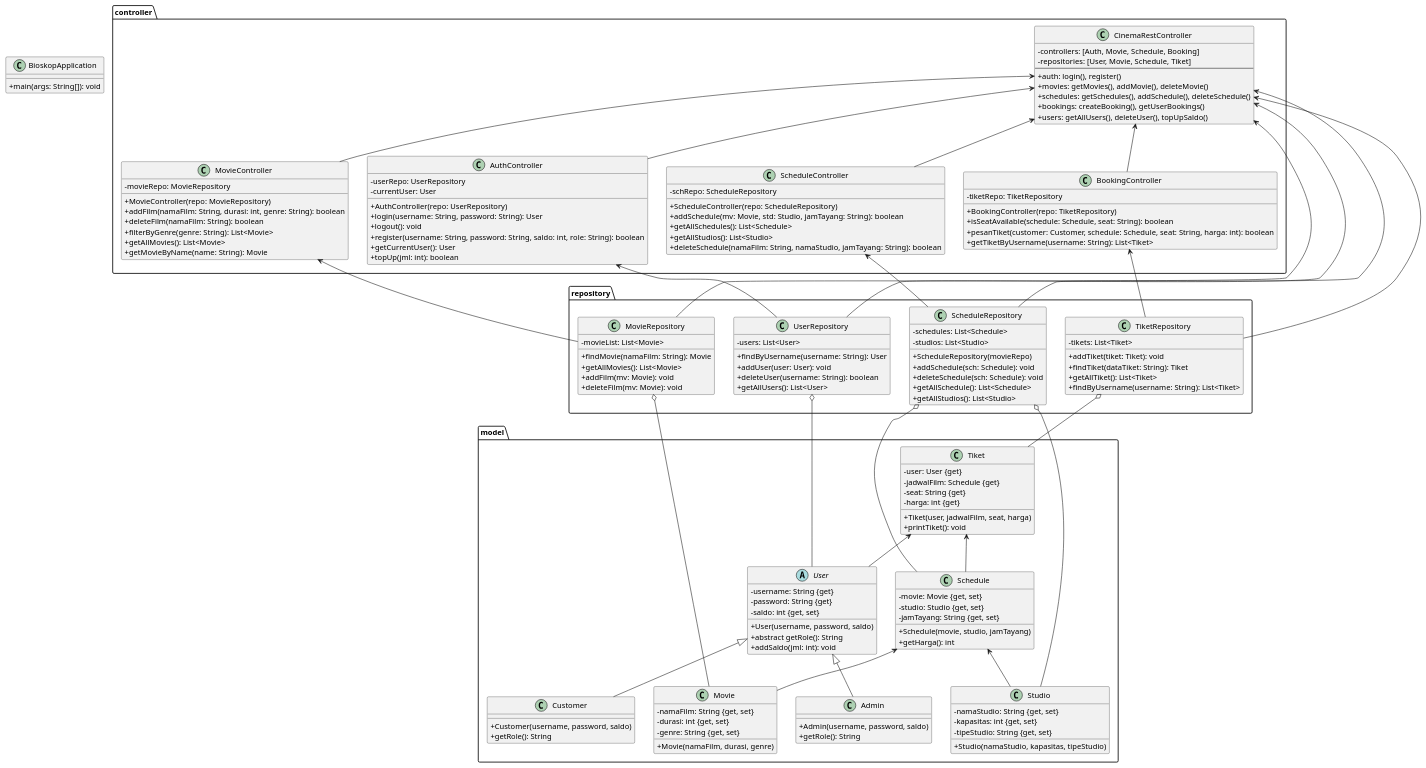
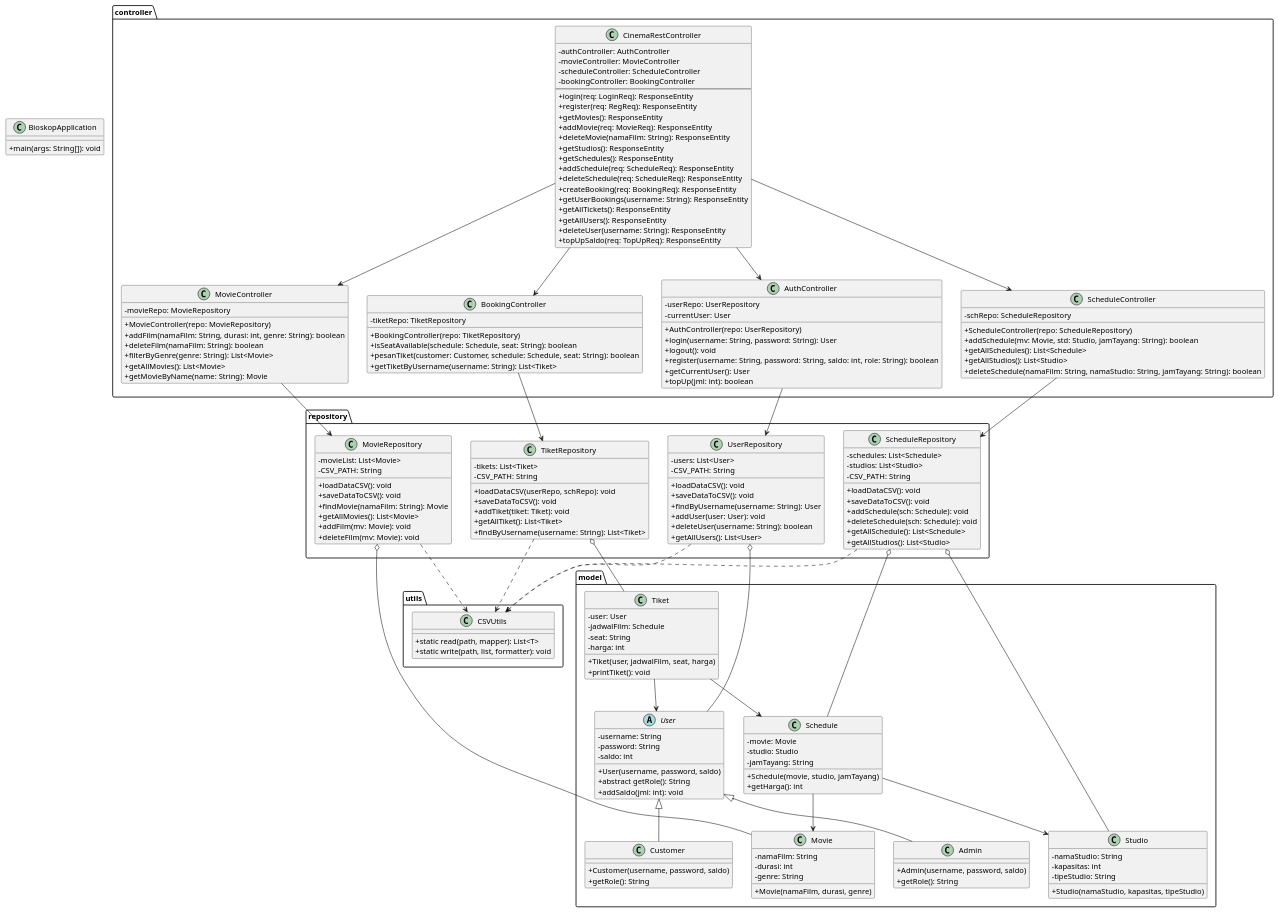
The diagram in diagram.plantuml (sulivancahyadi760-maker/sistem-tiket-bioskop), drawn with PlantUML before and after one commit. The commit also changed 8 other files, not shown here.

Commit message:
update: readme and uml

```diff
--- a/diagram.plantuml
+++ b/diagram.plantuml
@@ -21,7 +21,7 @@
         - tiketRepo: TiketRepository
         + BookingController(repo: TiketRepository)
         + isSeatAvailable(schedule: Schedule, seat: String): boolean
-        + pesanTiket(customer: Customer, schedule: Schedule, seat: String, harga: int): boolean
+        + pesanTiket(customer: Customer, schedule: Schedule, seat: String): boolean
         + getTiketByUsername(username: String): List<Tiket>
     }
 
@@ -31,7 +31,7 @@
         + addSchedule(mv: Movie, std: Studio, jamTayang: String): boolean
         + getAllSchedules(): List<Schedule>
         + getAllStudios(): List<Studio>
-        + deleteSchedule(namaFilm: String, namaStudio, jamTayang: String): boolean
+        + deleteSchedule(namaFilm: String, namaStudio: String, jamTayang: String): boolean
     }
 
     class MovieController {
@@ -45,21 +45,35 @@
     }
 
     class CinemaRestController {
-        - controllers: [Auth, Movie, Schedule, Booking]
-        - repositories: [User, Movie, Schedule, Tiket]
+        - authController: AuthController
+        - movieController: MovieController
+        - scheduleController: ScheduleController
+        - bookingController: BookingController
         --
-        + auth: login(), register()
-        + movies: getMovies(), addMovie(), deleteMovie()
-        + schedules: getSchedules(), addSchedule(), deleteSchedule()
-        + bookings: createBooking(), getUserBookings()
-        + users: getAllUsers(), deleteUser(), topUpSaldo()
+        + login(req: LoginReq): ResponseEntity
+        + register(req: RegReq): ResponseEntity
+        + getMovies(): ResponseEntity
+        + addMovie(req: MovieReq): ResponseEntity
+        + deleteMovie(namaFilm: String): ResponseEntity
+        + getStudios(): ResponseEntity
+        + getSchedules(): ResponseEntity
+        + addSchedule(req: ScheduleReq): ResponseEntity
+        + deleteSchedule(req: ScheduleReq): ResponseEntity
+        + createBooking(req: BookingReq): ResponseEntity
+        + getUserBookings(username: String): ResponseEntity
+        + getAllTickets(): ResponseEntity
+        + getAllUsers(): ResponseEntity
+        + deleteUser(username: String): ResponseEntity
+        + topUpSaldo(req: TopUpReq): ResponseEntity
     }
-
 }
 
 package repository {
     class UserRepository {
         - users: List<User>
+        - CSV_PATH: String
+        + loadDataCSV(): void
+        + saveDataToCSV(): void
         + findByUsername(username: String): User
         + addUser(user: User): void
         + deleteUser(username: String): boolean
@@ -68,6 +82,9 @@
 
     class MovieRepository {
         - movieList: List<Movie>
+        - CSV_PATH: String
+        + loadDataCSV(): void
+        + saveDataToCSV(): void
         + findMovie(namaFilm: String): Movie
         + getAllMovies(): List<Movie>
         + addFilm(mv: Movie): void
@@ -77,7 +94,9 @@
     class ScheduleRepository {
         - schedules: List<Schedule>
         - studios: List<Studio>
-        + ScheduleRepository(movieRepo)
+        - CSV_PATH: String
+        + loadDataCSV(): void
+        + saveDataToCSV(): void
         + addSchedule(sch: Schedule): void
         + deleteSchedule(sch: Schedule): void
         + getAllSchedule(): List<Schedule>
@@ -86,8 +105,10 @@
 
     class TiketRepository {
         - tikets: List<Tiket>
+        - CSV_PATH: String
+        + loadDataCSV(userRepo, schRepo): void
+        + saveDataToCSV(): void
         + addTiket(tiket: Tiket): void
-        + findTiket(dataTiket: String): Tiket
         + getAllTiket(): List<Tiket>
         + findByUsername(username: String): List<Tiket>
     }
@@ -95,9 +116,9 @@
 
 package model {
     abstract class User {
-        - username: String {get}
-        - password: String {get}
-        - saldo: int {get, set}
+        - username: String
+        - password: String
+        - saldo: int
         + User(username, password, saldo)
         + abstract getRole(): String
         + addSaldo(jml: int): void
@@ -114,50 +135,58 @@
     }
 
     class Movie {
-        - namaFilm: String {get, set}
-        - durasi: int {get, set}
-        - genre: String {get, set}
+        - namaFilm: String
+        - durasi: int
+        - genre: String
         + Movie(namaFilm, durasi, genre)
     }
 
     class Studio {
-        - namaStudio: String {get, set}
-        - kapasitas: int {get, set}
-        - tipeStudio: String {get, set}
+        - namaStudio: String
+        - kapasitas: int
+        - tipeStudio: String
         + Studio(namaStudio, kapasitas, tipeStudio)
     }
 
     class Schedule {
-        - movie: Movie {get, set}
-        - studio: Studio {get, set}
-        - jamTayang: String {get, set}
+        - movie: Movie
+        - studio: Studio
+        - jamTayang: String
         + Schedule(movie, studio, jamTayang)
         + getHarga(): int
     }
 
     class Tiket {
-        - user: User {get}
-        - jadwalFilm: Schedule {get}
-        - seat: String {get}
-        - harga: int {get}
+        - user: User
+        - jadwalFilm: Schedule
+        - seat: String
+        - harga: int
         + Tiket(user, jadwalFilm, seat, harga)
         + printTiket(): void
     }
 }
 
-CinemaRestController <-- AuthController
-CinemaRestController <-- MovieController
-CinemaRestController <-- ScheduleController
-CinemaRestController <-- BookingController
-CinemaRestController <-- MovieRepository
-CinemaRestController <-- ScheduleRepository
-CinemaRestController <-- UserRepository
-CinemaRestController <-- TiketRepository
+package utils {
+    class CSVUtils {
+        + static read(path, mapper): List<T>
+        + static write(path, list, formatter): void
+    }
+}
 
-AuthController <-- UserRepository
-BookingController <-- TiketRepository
-ScheduleController <-- ScheduleRepository
-MovieController <-- MovieRepository
+CinemaRestController --> AuthController
+CinemaRestController --> MovieController
+CinemaRestController --> ScheduleController
+CinemaRestController --> BookingController
+
+AuthController --> UserRepository
+BookingController --> TiketRepository
+ScheduleController --> ScheduleRepository
+MovieController --> MovieRepository
+
+UserRepository ..> CSVUtils
+MovieRepository ..> CSVUtils
+ScheduleRepository ..> CSVUtils
+TiketRepository ..> CSVUtils
 
 UserRepository o-- User
 TiketRepository o-- Tiket
@@ -168,10 +197,9 @@
 User <|-- Admin
 User <|-- Customer
 
-Tiket <-- User
-Tiket <-- Schedule
-Schedule <-- Movie
-Schedule <-- Studio
-
+Tiket --> User
+Tiket --> Schedule
+Schedule --> Movie
+Schedule --> Studio
 
 @enduml
```
